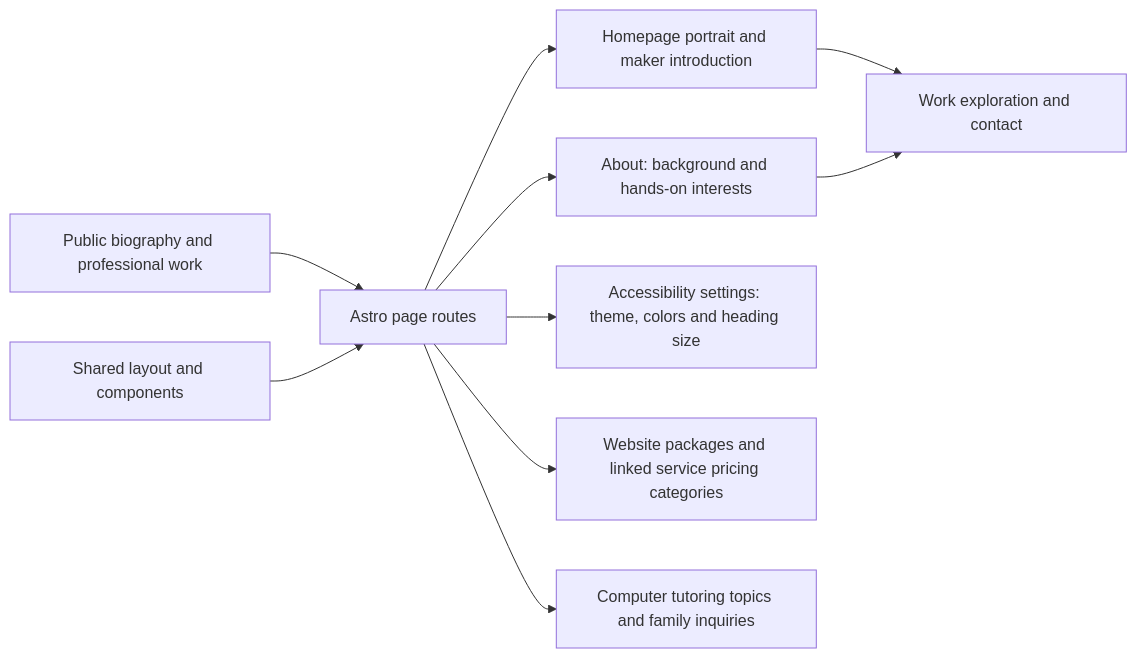
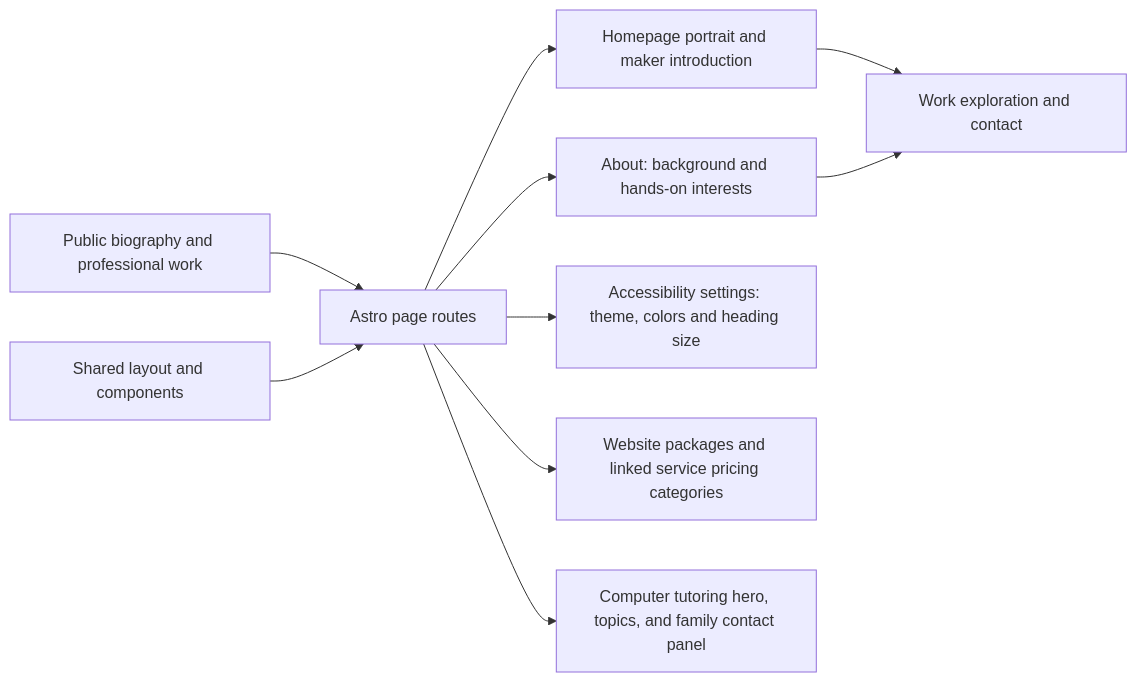
Before and after one commit to anoblet/astronautical-apogee: the diagram in src/pages/_readme.md, drawn with Mermaid. The commit also changed other lines of this file and 4 other files, not shown here.

````diff
--- a/src/pages/_readme.md
+++ b/src/pages/_readme.md
@@ -12,12 +12,12 @@
 ```mermaid
 flowchart LR
     Biography[Public biography and professional work] --> Routes[Astro page routes]
     Routes --> Home[Homepage portrait and maker introduction]
     Routes --> About[About: background and hands-on interests]
     Layout[Shared layout and components] --> Routes
     Routes --> Accessibility[Accessibility settings: theme, colors and heading size]
     Routes --> Pricing[Website packages and linked service pricing categories]
-    Routes --> Tutoring[Computer tutoring topics and family inquiries]
+    Routes --> Tutoring[Computer tutoring hero, topics, and family contact panel]
     Home --> Contact[Work exploration and contact]
     About --> Contact
 ```
````
